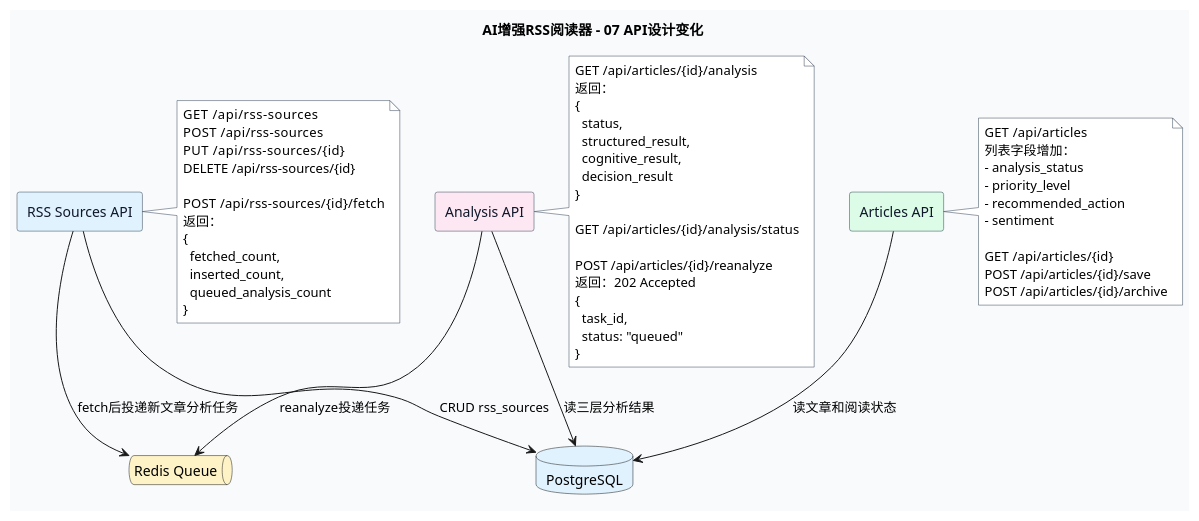
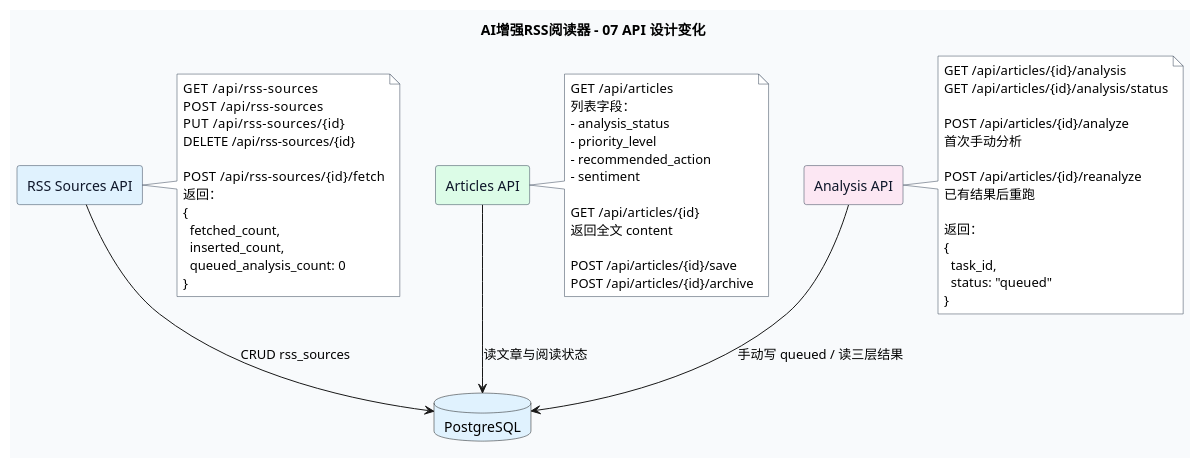
Before and after one commit to ltm84532430-max/RSS: the seventh of 8 diagrams in RSS项目/系统.puml, drawn with PlantUML. The commit also changed other lines of this file and 2 other files, not shown here.

Commit message:
Update UML for manual analysis flow and fix frontend nested button bug

```diff
--- a/RSS项目/系统.puml
+++ b/RSS项目/系统.puml
@@ -428,73 +437,69 @@
 @startuml AI_RSS_07_API_Contract
-title AI增强RSS阅读器 - 07 API设计变化
+title AI增强RSS阅读器 - 07 API 设计变化
 
 skinparam backgroundColor #F8FAFC
 skinparam shadowing false
 skinparam defaultFontName Microsoft YaHei
 skinparam componentStyle rectangle
 skinparam RectangleBorderColor #334155
 skinparam RectangleFontColor #0F172A
 skinparam NoteBackgroundColor #FFFFFF
 skinparam NoteBorderColor #334155
 
 rectangle "RSS Sources API" as RSS #E0F2FE
 rectangle "Articles API" as Articles #DCFCE7
 rectangle "Analysis API" as Analysis #FCE7F3
-queue "Redis Queue" as Redis #FEF3C7
 database "PostgreSQL" as DB #E0F2FE
 
 RSS --> DB : CRUD rss_sources
-RSS --> Redis : fetch后投递新文章分析任务
-Articles --> DB : 读文章和阅读状态
-Analysis --> DB : 读三层分析结果
-Analysis --> Redis : reanalyze投递任务
+Articles --> DB : 读文章与阅读状态
+Analysis --> DB : 手动写 queued / 读三层结果
 
 note right of RSS
 GET    /api/rss-sources
 POST   /api/rss-sources
 PUT    /api/rss-sources/{id}
 DELETE /api/rss-sources/{id}
 
 POST   /api/rss-sources/{id}/fetch
 返回：
 {
   fetched_count,
   inserted_count,
-  queued_analysis_count
+  queued_analysis_count: 0
 }
 end note
 
 note right of Articles
 GET  /api/articles
-列表字段增加：
+列表字段：
 - analysis_status
 - priority_level
 - recommended_action
 - sentiment
 
 GET  /api/articles/{id}
+返回全文 content
+
 POST /api/articles/{id}/save
 POST /api/articles/{id}/archive
 end note
 
 note right of Analysis
 GET  /api/articles/{id}/analysis
-返回：
-{
-  status,
-  structured_result,
-  cognitive_result,
-  decision_result
-}
-
 GET  /api/articles/{id}/analysis/status
 
+POST /api/articles/{id}/analyze
+首次手动分析
+
 POST /api/articles/{id}/reanalyze
-返回：202 Accepted
+已有结果后重跑
+
+返回：
 {
   task_id,
   status: "queued"
 }
 end note
 
 @enduml
```
